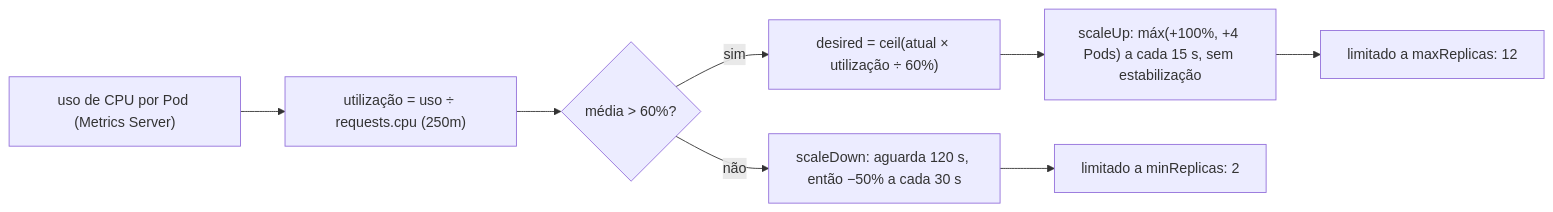
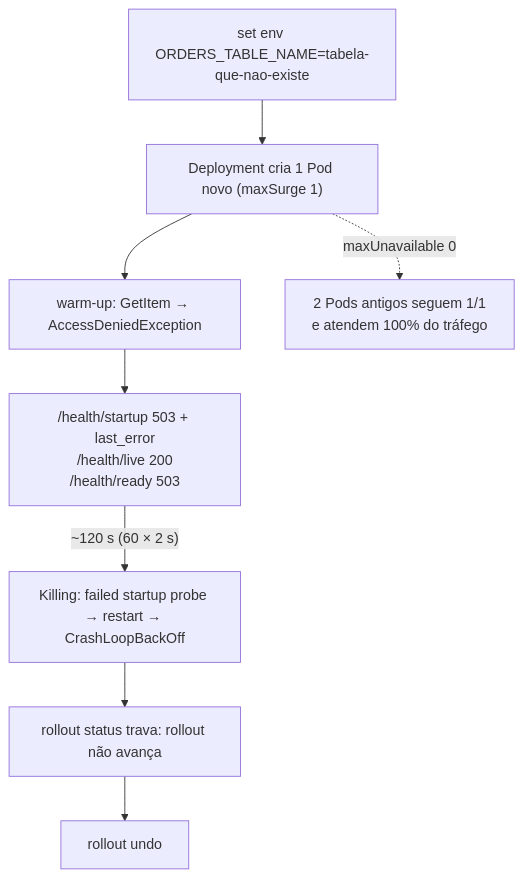
Before and after one commit to opsteam-sreday/workshop-k8s-reliability: the fifth of 6 diagrams in labs/lab-02/README.md, drawn with Mermaid. The commit also changed other lines of this file and 42 other files, not shown here.

````diff
--- a/labs/lab-02/README.md
+++ b/labs/lab-02/README.md
@@ -154,10 +197,10 @@
 ```mermaid
-flowchart LR
-    A["uso de CPU por Pod (Metrics Server)"] --> B["utilização = uso ÷ requests.cpu (250m)"]
-    B --> C{"média > 60%?"}
-    C -- sim --> D["desired = ceil(atual × utilização ÷ 60%)"]
-    D --> E["scaleUp: máx(+100%, +4 Pods) a cada 15 s, sem estabilização"]
-    E --> F["limitado a maxReplicas: 12"]
-    C -- não --> G["scaleDown: aguarda 120 s, então −50% a cada 30 s"]
-    G --> H["limitado a minReplicas: 2"]
+flowchart TB
+    A["set env ORDERS_TABLE_NAME=tabela-que-nao-existe"] --> B["Deployment cria 1 Pod novo (maxSurge 1)"]
+    B --> C["warm-up: GetItem → AccessDeniedException"]
+    C --> D["/health/startup 503 + last_error<br/>/health/live 200<br/>/health/ready 503"]
+    D -- "~120 s (60 × 2 s)" --> E["Killing: failed startup probe → restart → CrashLoopBackOff"]
+    B -. "maxUnavailable 0" .-> F["2 Pods antigos seguem 1/1<br/>e atendem 100% do tráfego"]
+    E --> G["rollout status trava: rollout não avança"]
+    G --> H["rollout undo"]
 ```
````
